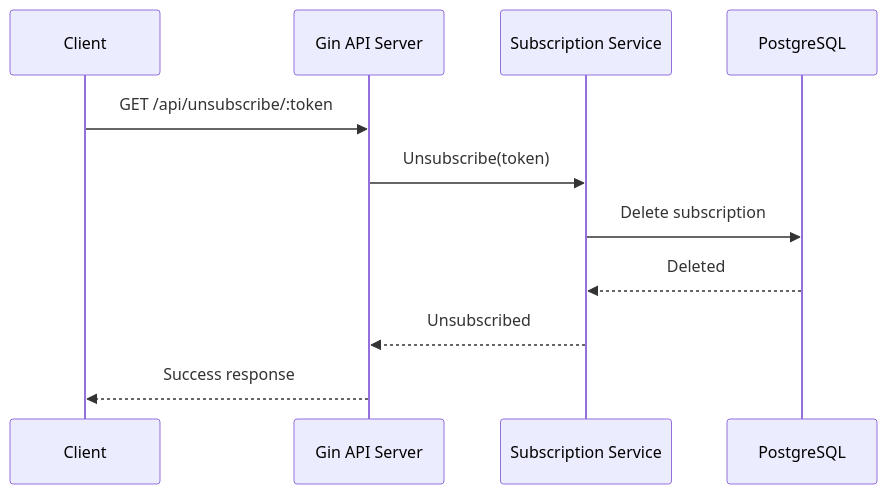
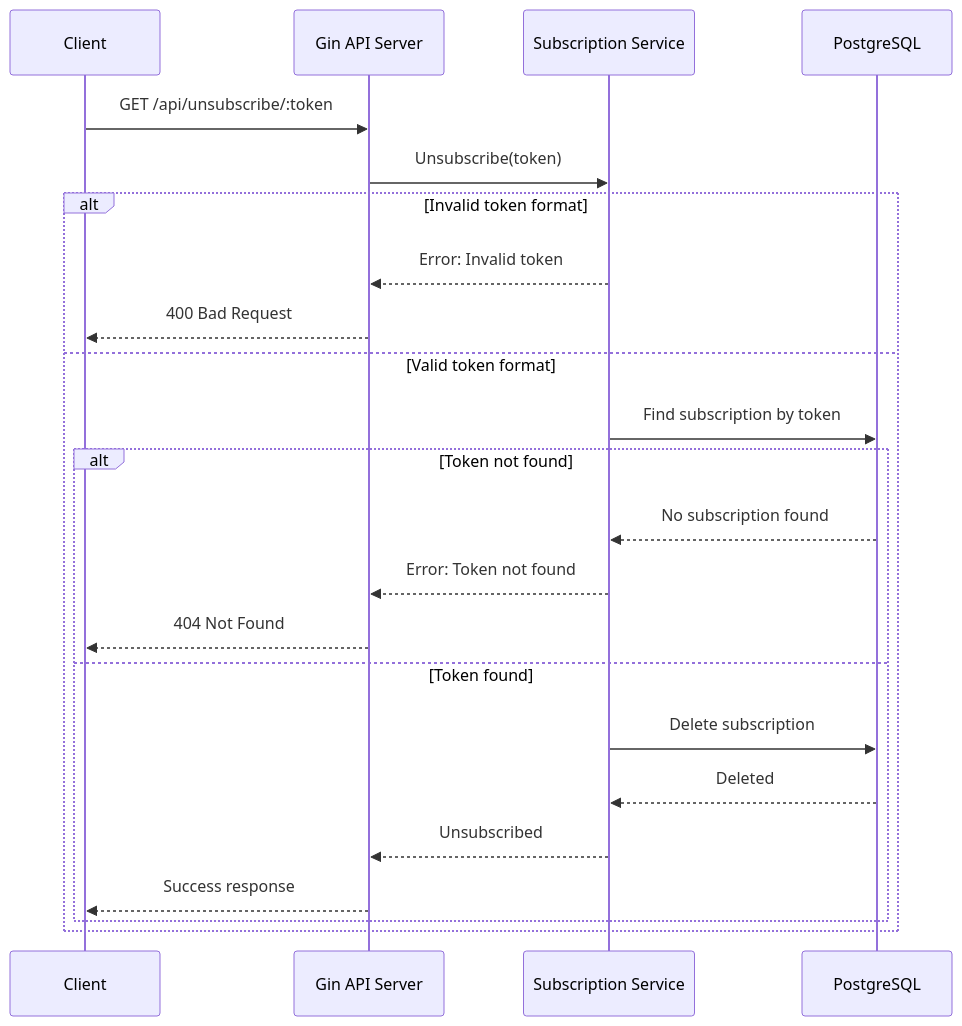
The fifth of 5 diagrams in docs/system-design.md (GenesisEducationKyiv/software-engineering-school-5-0-YuliiaAndreieva), drawn with Mermaid before and after one commit. The commit also changed other lines of this file, not shown here.

Commit message:
feat: updated diagrams in system design doc

````diff
--- a/docs/system-design.md
+++ b/docs/system-design.md
@@ -165,14 +208,28 @@
 ```mermaid
 sequenceDiagram
     participant Client
     participant API as Gin API Server
     participant SS as Subscription Service
     participant DB as PostgreSQL
 
     Client->>API: GET /api/unsubscribe/:token
     API->>SS: Unsubscribe(token)
-    SS->>DB: Delete subscription
-    DB-->>SS: Deleted
-    SS-->>API: Unsubscribed
-    API-->>Client: Success response
+    
+    alt Invalid token format
+        SS-->>API: Error: Invalid token
+        API-->>Client: 400 Bad Request
+    else Valid token format
+        SS->>DB: Find subscription by token
+        
+        alt Token not found
+            DB-->>SS: No subscription found
+            SS-->>API: Error: Token not found
+            API-->>Client: 404 Not Found
+        else Token found
+            SS->>DB: Delete subscription
+            DB-->>SS: Deleted
+            SS-->>API: Unsubscribed
+            API-->>Client: Success response
+        end
+    end
 ```
````
